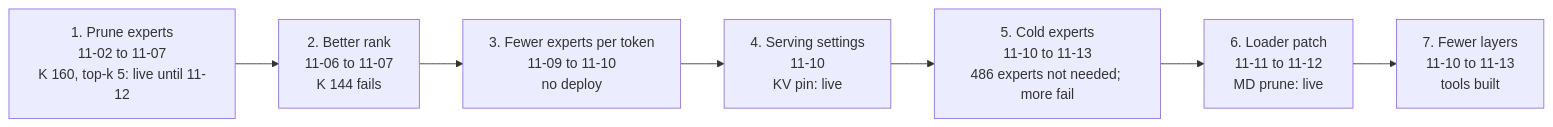
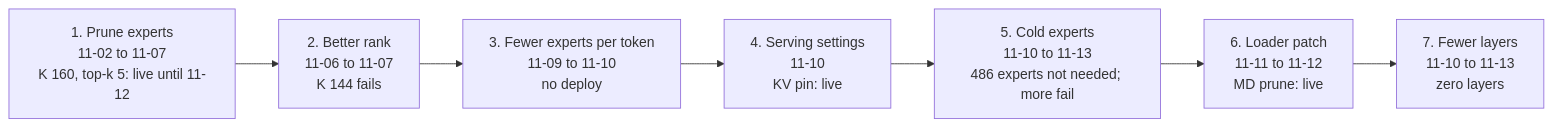
One commit to czhou578/dsv4-specialize changed the diagram in README.md. Above: the diagram before and after it, drawn with Mermaid. The commit also changed other lines of this file and 3 other files, not shown here.

Commit message:
PLAN_FEWER_LAYERS: the plan ends with zero layers (§9.1); README, plans/README and PRUNE.md §7

````diff
--- a/README.md
+++ b/README.md
@@ -54,11 +54,11 @@
 ```mermaid
 flowchart LR
     S1["1. Prune experts<br/>11-02 to 11-07<br/>K 160, top-k 5: live until 11-12"]
     S2["2. Better rank<br/>11-06 to 11-07<br/>K 144 fails"]
     S3["3. Fewer experts per token<br/>11-09 to 11-10<br/>no deploy"]
     S4["4. Serving settings<br/>11-10<br/>KV pin: live"]
     S5["5. Cold experts<br/>11-10 to 11-13<br/>486 experts not needed; more fail"]
     S6["6. Loader patch<br/>11-11 to 11-12<br/>MD prune: live"]
-    S7["7. Fewer layers<br/>11-10 to 11-13<br/>tools built"]
+    S7["7. Fewer layers<br/>11-10 to 11-13<br/>zero layers"]
     S1 --> S2 --> S3 --> S4 --> S5 --> S6 --> S7
 ```
````
